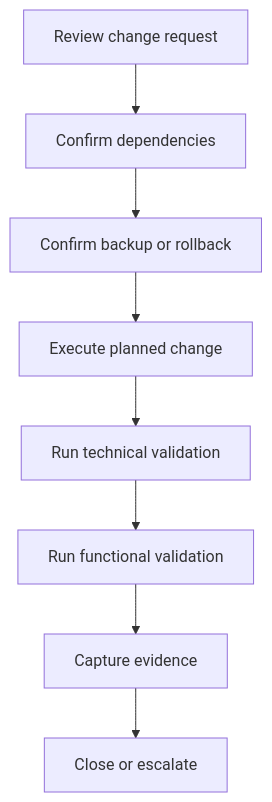
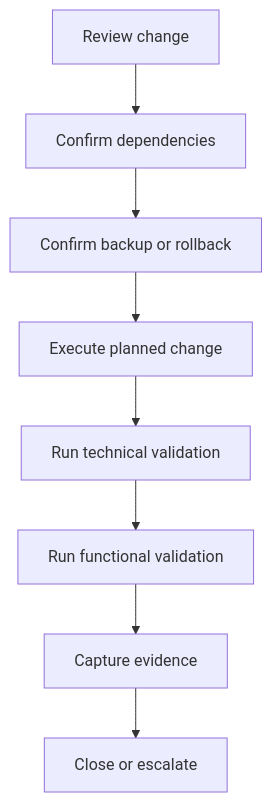
Before and after one commit to brianhannigan/systems-admin-field-guide: the diagram in diagrams/workflows/change-and-validation-workflow.md, drawn with Mermaid. The commit also changed 22 other files, not shown here.

Commit message:
polish: fix repo presentation diagrams and github backlog

````diff
--- a/diagrams/workflows/change-and-validation-workflow.md
+++ b/diagrams/workflows/change-and-validation-workflow.md
@@ -3,10 +3,10 @@
 ```mermaid
 flowchart TD
-    A[Review change request] --> B[Confirm dependencies]
+    A[Review change] --> B[Confirm dependencies]
     B --> C[Confirm backup or rollback]
     C --> D[Execute planned change]
     D --> E[Run technical validation]
     E --> F[Run functional validation]
     F --> G[Capture evidence]
     G --> H[Close or escalate]
 ```
````
